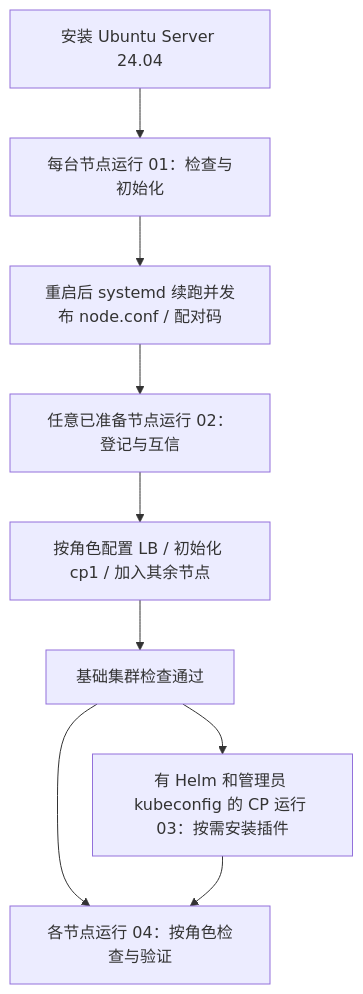
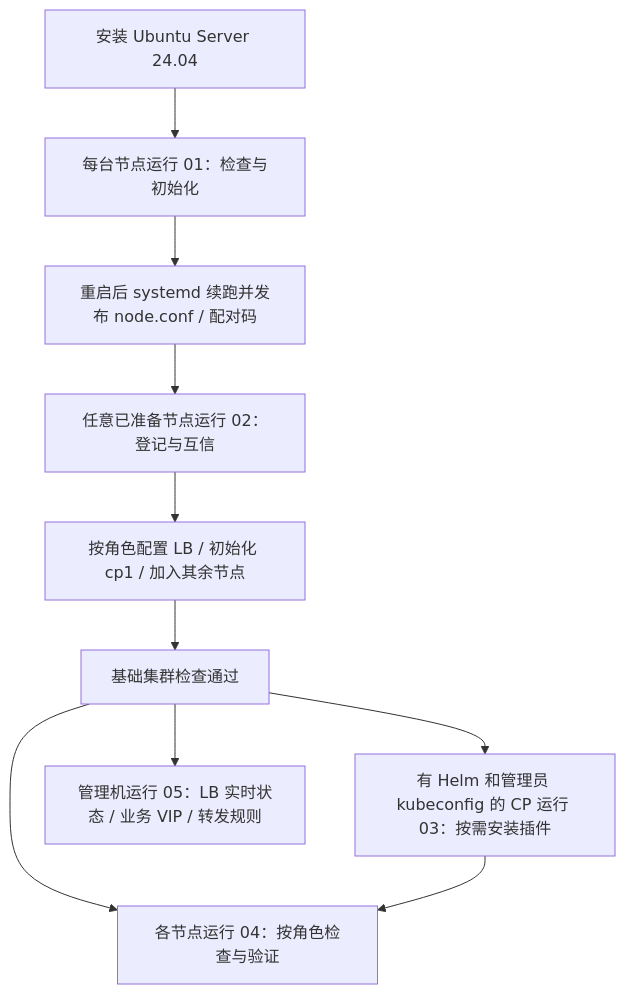
One commit to richie696/atlas-kubekit changed the diagram in README.md. Above: the diagram before and after it, drawn with Mermaid. The commit also changed other lines of this file and 44 other files, not shown here.

````diff
--- a/README.md
+++ b/README.md
@@ -41,11 +123,12 @@
 ```mermaid
 flowchart TD
     A[安装 Ubuntu Server 24.04] --> B[每台节点运行 01：检查与初始化]
     B --> C[重启后 systemd 续跑并发布 node.conf / 配对码]
     C --> D[任意已准备节点运行 02：登记与互信]
     D --> E[按角色配置 LB / 初始化 cp1 / 加入其余节点]
     E --> F[基础集群检查通过]
     F --> G[有 Helm 和管理员 kubeconfig 的 CP 运行 03：按需安装插件]
     F --> H[各节点运行 04：按角色检查与验证]
     G --> H
+    F --> I[管理机运行 05：LB 实时状态 / 业务 VIP / 转发规则]
 ```
````
